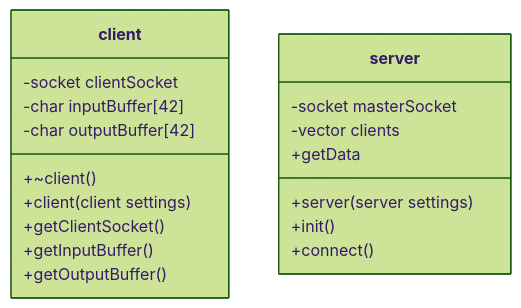
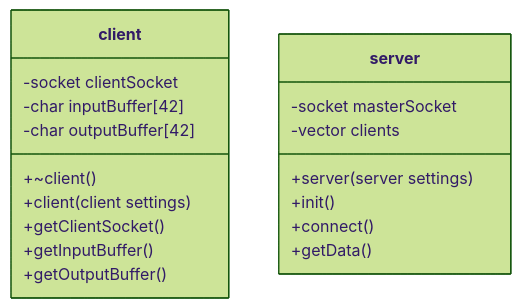
One commit to simon-ameye/42-ft_irc changed the second of 2 diagrams in Readme.md. Above: the diagram before and after it, drawn with Mermaid (forest theme). The commit also changed other lines of this file, not shown here.

````diff
--- a/Readme.md
+++ b/Readme.md
@@ -54,22 +56,22 @@
 ```mermaid
 classDiagram
     class client{
         +~client()
         +client(client settings)
         +getClientSocket()
         +getInputBuffer()
         +getOutputBuffer()
         -socket clientSocket
         -char inputBuffer[42]
         -char outputBuffer[42]
     }
 
     class server{
         +server(server settings)
         -socket masterSocket
         -vector<client> clients
         +init()
         +connect()
-        +getData
+        +getData()
     }
 ```
````
